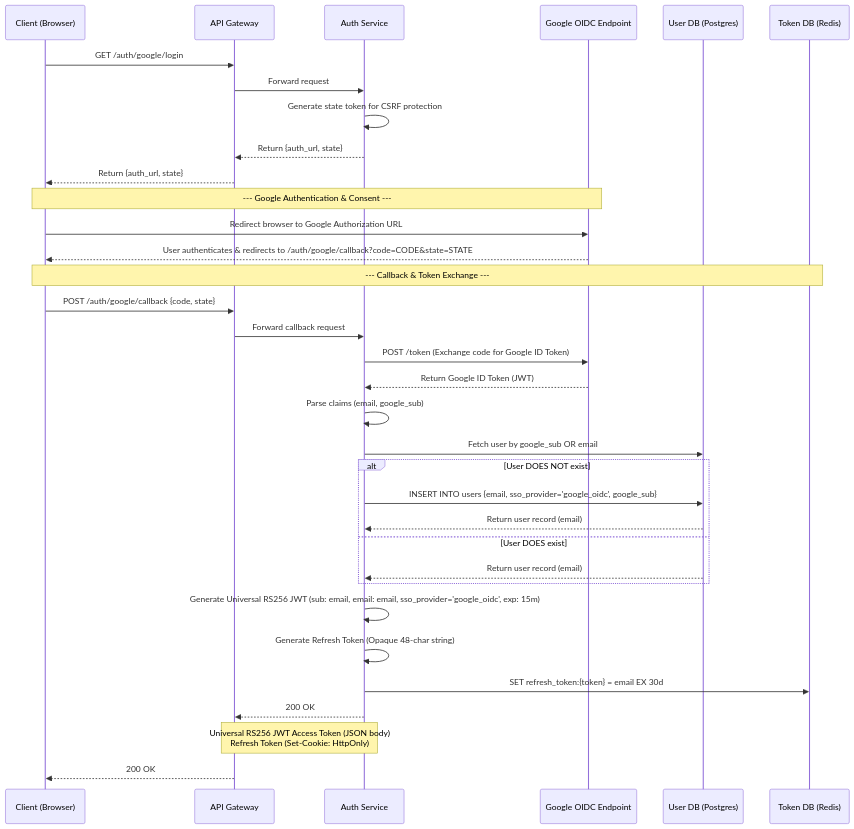
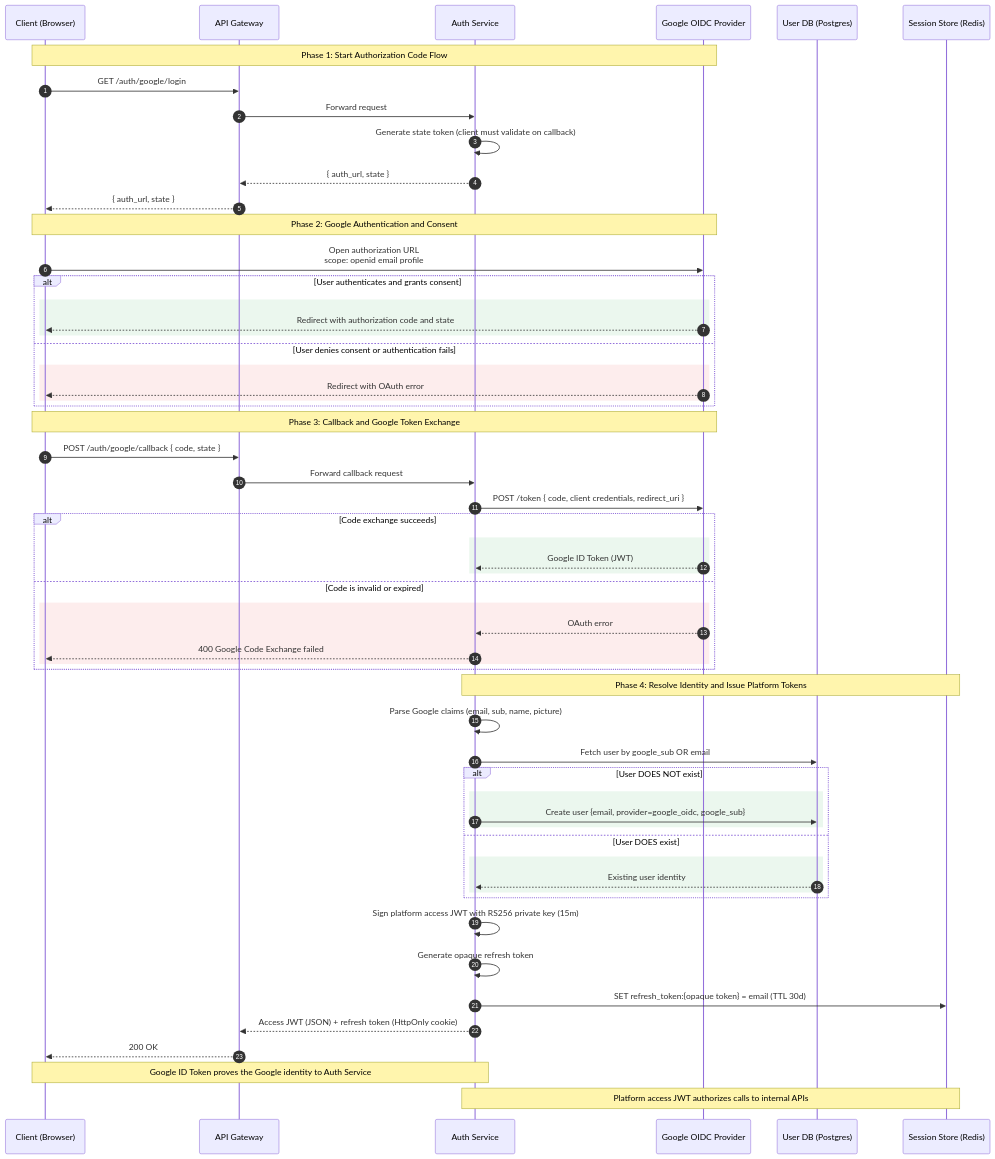
Before and after one commit to boycececil666gmailcom/Microservice-Auth-Platform: the second of 4 diagrams in design/auth/01-auth-flow.md, drawn with Mermaid. The commit also changed other lines of this file and 4 other files, not shown here.

````diff
--- a/design/auth/01-auth-flow.md
+++ b/design/auth/01-auth-flow.md
@@ -46,43 +46,67 @@
 ```mermaid
 sequenceDiagram
+    autonumber
     participant C as Client (Browser)
     participant G as API Gateway
     participant A as Auth Service
-    participant GO as Google OIDC Endpoint
+    participant GO as Google OIDC Provider
     participant PG as User DB (Postgres)
-    participant R as Token DB (Redis)
+    participant R as Session Store (Redis)
 
+    Note over C,GO: Phase 1: Start Authorization Code Flow
     C->>G: GET /auth/google/login
     G->>A: Forward request
-    A->>A: Generate state token for CSRF protection
-    A-->>G: Return {auth_url, state}
-    G-->>C: Return {auth_url, state}
+    A->>A: Generate state token (client must validate on callback)
+    A-->>G: { auth_url, state }
+    G-->>C: { auth_url, state }
 
-    Note over C,GO: --- Google Authentication & Consent ---
-    C->>GO: Redirect browser to Google Authorization URL
-    GO-->>C: User authenticates & redirects to /auth/google/callback?code=CODE&state=STATE
+    Note over C,GO: Phase 2: Google Authentication and Consent
+    C->>GO: Open authorization URL<br/>scope: openid email profile
+    alt User authenticates and grants consent
+        rect rgb(235, 247, 238)
+            GO-->>C: Redirect with authorization code and state
+        end
+    else User denies consent or authentication fails
+        rect rgb(253, 237, 237)
+            GO-->>C: Redirect with OAuth error
+        end
+    end
 
-    Note over C,R: --- Callback & Token Exchange ---
-    C->>G: POST /auth/google/callback {code, state}
+    Note over C,GO: Phase 3: Callback and Google Token Exchange
+    C->>G: POST /auth/google/callback { code, state }
     G->>A: Forward callback request
-    A->>GO: POST /token (Exchange code for Google ID Token)
-    GO-->>A: Return Google ID Token (JWT)
+    A->>GO: POST /token { code, client credentials, redirect_uri }
+    alt Code exchange succeeds
+        rect rgb(235, 247, 238)
+            GO-->>A: Google ID Token (JWT)
+        end
+    else Code is invalid or expired
+        rect rgb(253, 237, 237)
+            GO-->>A: OAuth error
+            A-->>C: 400 Google Code Exchange failed
+        end
+    end
 
-    A->>A: Parse claims (email, google_sub)
+    Note over A,R: Phase 4: Resolve Identity and Issue Platform Tokens
+    A->>A: Parse Google claims (email, sub, name, picture)
     A->>PG: Fetch user by google_sub OR email
 
     alt User DOES NOT exist
-        A->>PG: INSERT INTO users {email, sso_provider='google_oidc', google_sub}
-        PG-->>A: Return user record (email)
+        rect rgb(235, 247, 238)
+            A->>PG: Create user {email, provider=google_oidc, google_sub}
+        end
     else User DOES exist
-        PG-->>A: Return user record (email)
+        rect rgb(235, 247, 238)
+            PG-->>A: Existing user identity
+        end
     end
 
-    A->>A: Generate Universal RS256 JWT (sub: email, email: email, sso_provider='google_oidc', exp: 15m)
-    A->>A: Generate Refresh Token (Opaque 48-char string)
-    A->>R: SET refresh_token:{token} = email EX 30d
+    A->>A: Sign platform access JWT with RS256 private key (15m)
+    A->>A: Generate opaque refresh token
+    A->>R: SET refresh_token:{opaque token} = email (TTL 30d)
 
-    A-->>G: 200 OK
-    Note over A,G: Universal RS256 JWT Access Token (JSON body)<br/>Refresh Token (Set-Cookie: HttpOnly)
+    A-->>G: Access JWT (JSON) + refresh token (HttpOnly cookie)
     G-->>C: 200 OK
+    Note over C,A: Google ID Token proves the Google identity to Auth Service
+    Note over A,R: Platform access JWT authorizes calls to internal APIs
 ```
````
